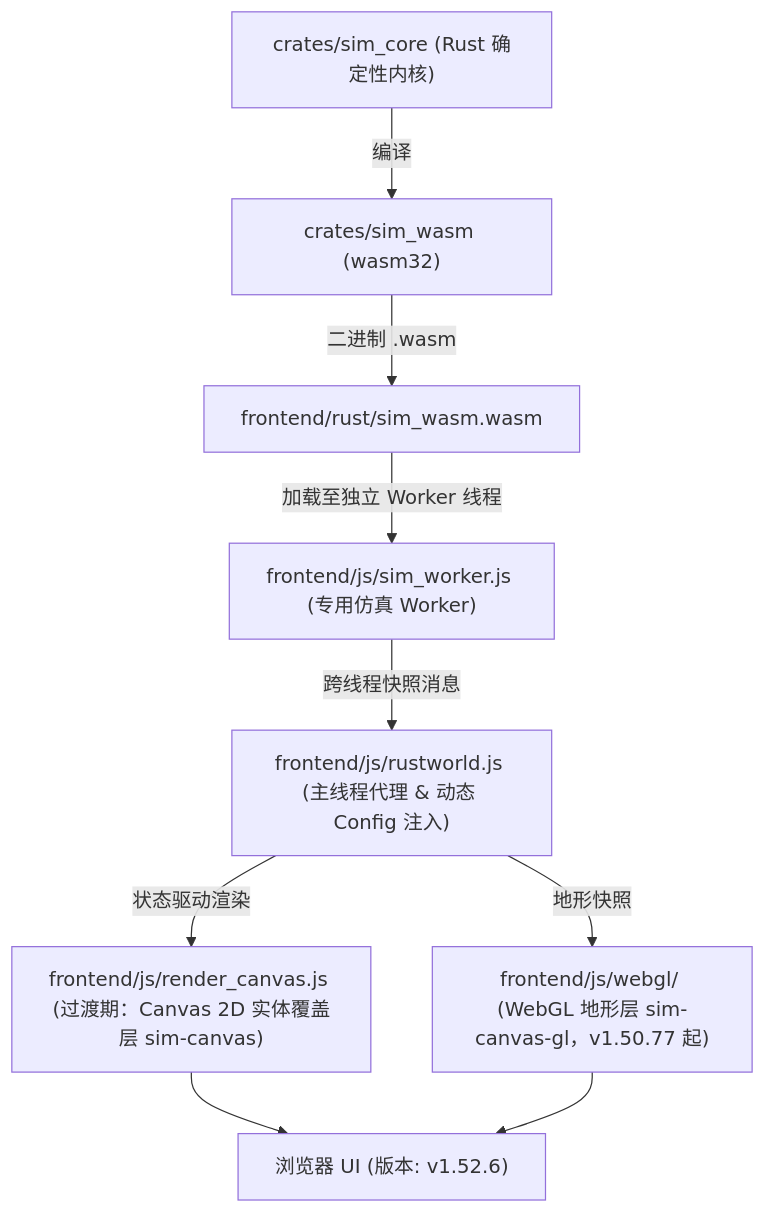
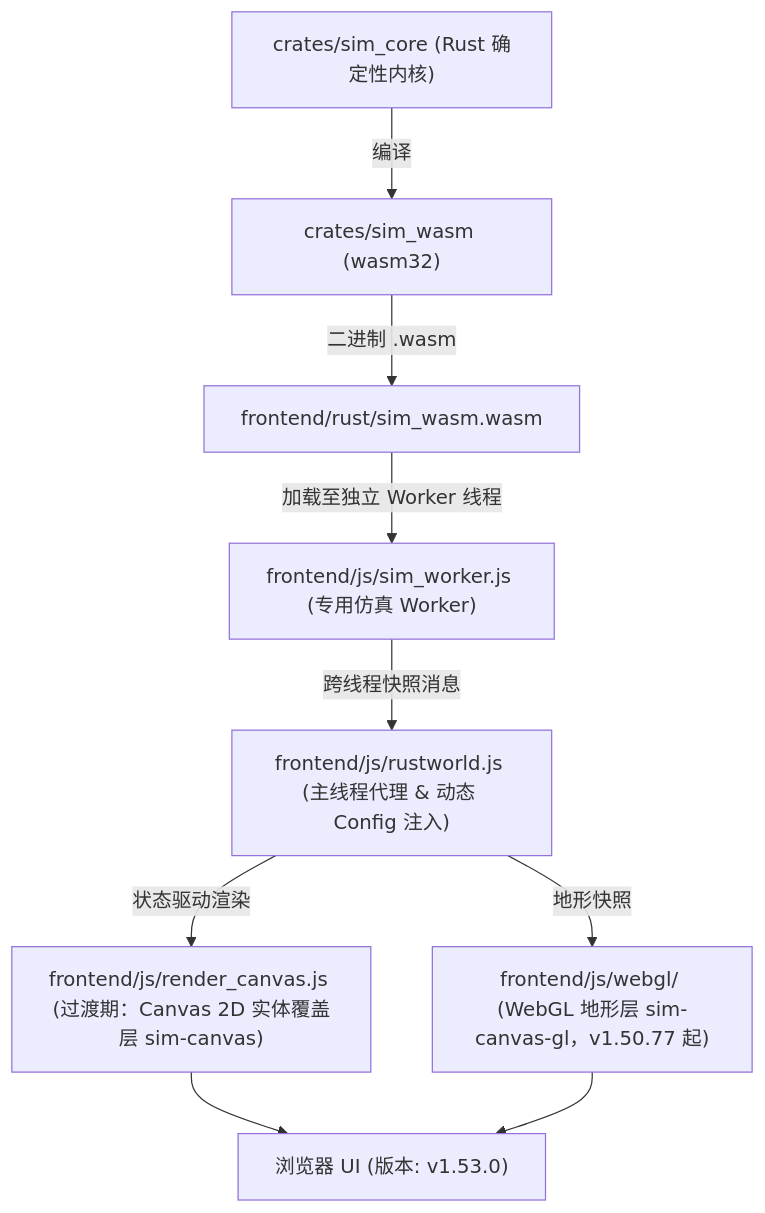
Before and after one commit to g39088902/FlowAndAccord: the diagram in AGENTS.md, drawn with Mermaid. The commit also changed other lines of this file and 17 other files, not shown here.

````diff
--- a/AGENTS.md
+++ b/AGENTS.md
@@ -62,12 +62,12 @@
 ```mermaid
 graph TD
     A["crates/sim_core (Rust 确定性内核)"] -->|编译| B["crates/sim_wasm (wasm32)"]
     B -->|二进制 .wasm| C["frontend/rust/sim_wasm.wasm"]
     C -->|加载至独立 Worker 线程| D["frontend/js/sim_worker.js (专用仿真 Worker)"]
     D -->|跨线程快照消息| E["frontend/js/rustworld.js (主线程代理 & 动态 Config 注入)"]
     E -->|状态驱动渲染| F["frontend/js/render_canvas.js (过渡期：Canvas 2D 实体覆盖层 sim-canvas)"]
     E -->|地形快照| F2["frontend/js/webgl/ (WebGL 地形层 sim-canvas-gl，v1.50.77 起)"]
-    F --> G["浏览器 UI (版本: v1.52.6)"]
+    F --> G["浏览器 UI (版本: v1.53.0)"]
     F2 --> G
 
 ```
````
